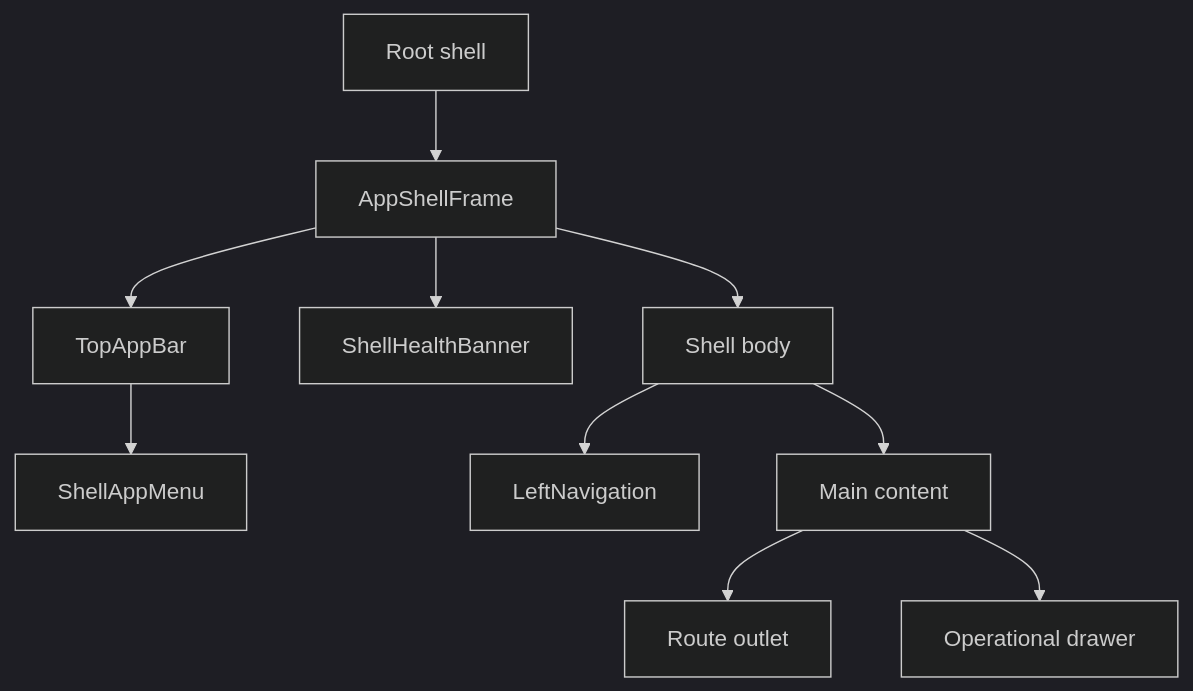
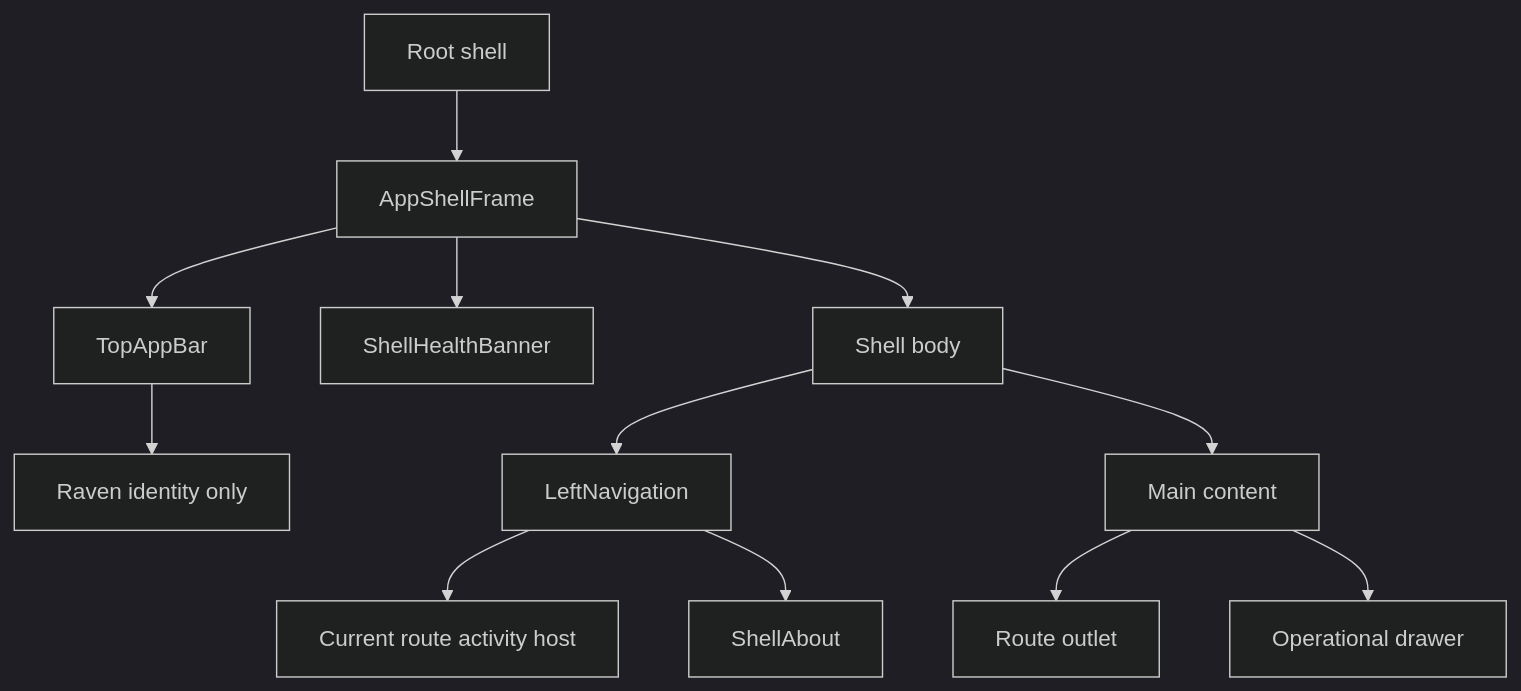
Before and after one commit to dunay2/dvt: the first of 21 diagrams in docs/architecture/components/web/appshell/app-shell.md, drawn with Mermaid (dark theme). The commit also changed other lines of this file and 40 other files, not shown here.

````diff
--- a/docs/architecture/components/web/appshell/app-shell.md
+++ b/docs/architecture/components/web/appshell/app-shell.md
@@ -39,12 +41,14 @@
 ```mermaid
 flowchart TB
   Root["Root shell"] --> Frame["AppShellFrame"]
   Frame --> TopBar["TopAppBar"]
-  TopBar --> AppMenu["ShellAppMenu"]
+  TopBar --> Identity["Raven identity only"]
+  Nav --> Activity["Current route activity host"]
+  Nav --> About["ShellAbout"]
   Frame --> Health["ShellHealthBanner"]
   Frame --> Body["Shell body"]
   Body --> Nav["LeftNavigation"]
   Body --> Main["Main content"]
   Main --> Outlet["Route outlet"]
   Main --> Operations["Operational drawer"]
 ```
````
